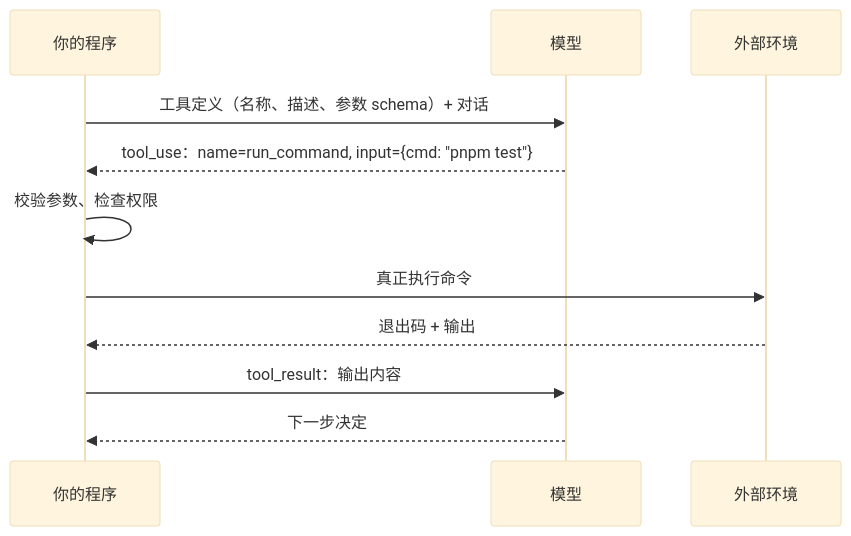
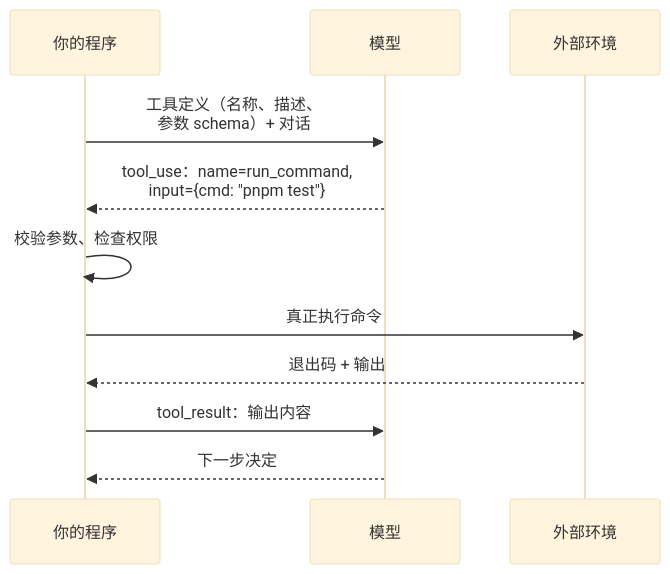
One commit to jarvis-pro/hatch-shelf changed the diagram in books/agent-principles/03-tools-and-actions.md. Above: the diagram before and after it, drawn with Mermaid (base theme). The commit also changed 432 other files, not shown here.

````diff
--- a/books/agent-principles/03-tools-and-actions.md
+++ b/books/agent-principles/03-tools-and-actions.md
@@ -11,13 +11,13 @@
 ```mermaid
 sequenceDiagram
   participant P as 你的程序
   participant M as 模型
   participant E as 外部环境
-  P->>M: 工具定义（名称、描述、参数 schema）+ 对话
-  M-->>P: tool_use：name=run_command, input={cmd: "pnpm test"}
+  P->>M: 工具定义（名称、描述、<br/>参数 schema）+ 对话
+  M-->>P: tool_use：name=run_command,<br/>input={cmd: "pnpm test"}
   P->>P: 校验参数、检查权限
   P->>E: 真正执行命令
   E-->>P: 退出码 + 输出
   P->>M: tool_result：输出内容
   M-->>P: 下一步决定
 ```
````
